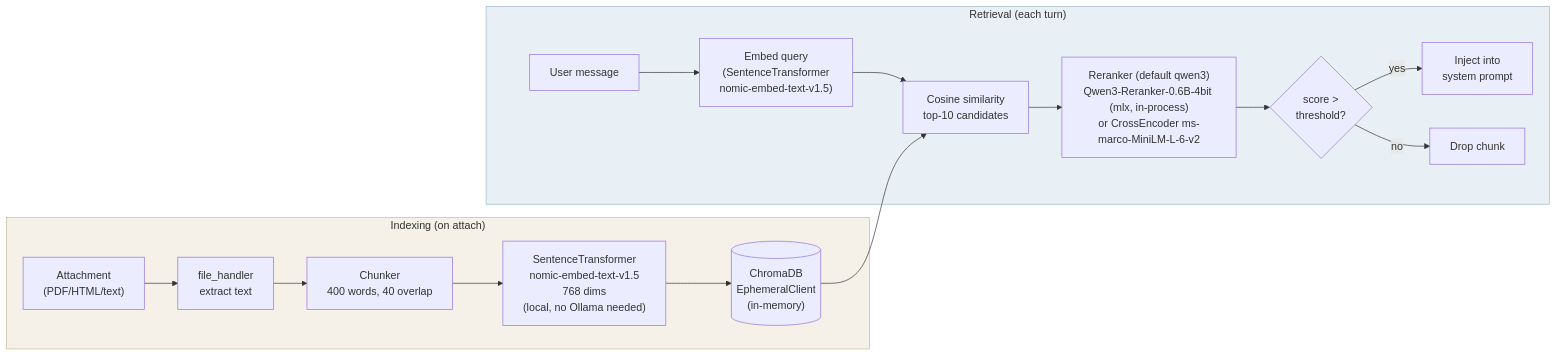
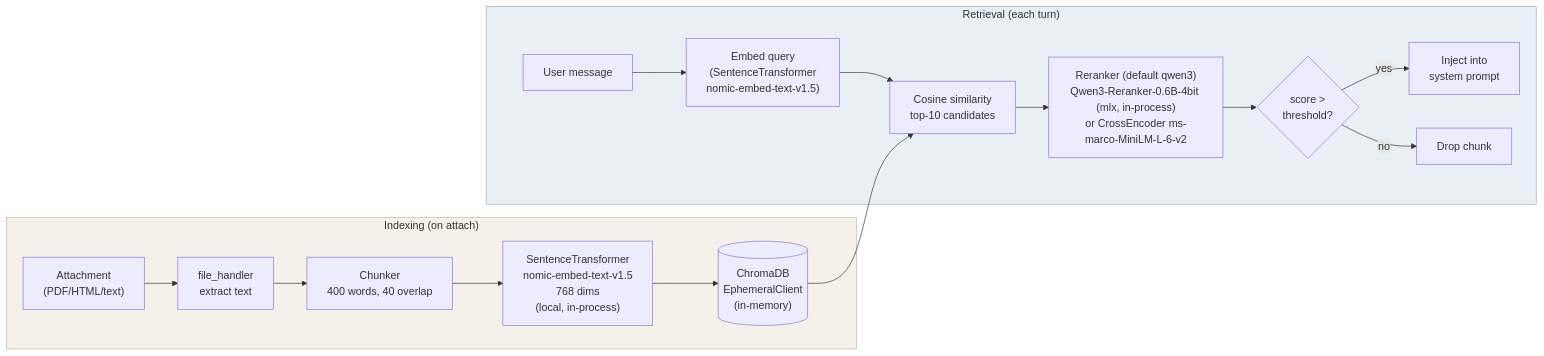
The fourth of 6 diagrams in docs/diagram.md (mabaeyens/mira-core), drawn with Mermaid before and after one commit. The commit also changed other lines of this file and 8 other files, not shown here.

````diff
--- a/docs/diagram.md
+++ b/docs/diagram.md
@@ -136,22 +135,22 @@
 ```mermaid
 flowchart LR
     subgraph ingest["Indexing (on attach)"]
         FILE["Attachment\n(PDF/HTML/text)"] --> FH["file_handler\nextract text"]
         FH --> CHUNK["Chunker\n400 words, 40 overlap"]
-        CHUNK --> EMBED["SentenceTransformer\nnomic-embed-text-v1.5\n768 dims\n(local, no Ollama needed)"]
+        CHUNK --> EMBED["SentenceTransformer\nnomic-embed-text-v1.5\n768 dims\n(local, in-process)"]
         EMBED --> CHROMA[("ChromaDB\nEphemeralClient\n(in-memory)")]
     end
 
     subgraph query["Retrieval (each turn)"]
         Q["User message"] --> QE["Embed query\n(SentenceTransformer\nnomic-embed-text-v1.5)"]
         QE --> RET["Cosine similarity\ntop-10 candidates"]
         CHROMA --> RET
         RET --> RERANK["Reranker (default qwen3)\nQwen3-Reranker-0.6B-4bit (mlx, in-process)\nor CrossEncoder ms-marco-MiniLM-L-6-v2"]
         RERANK --> FILTER{"score >\nthreshold?"}
         FILTER -->|yes| INJECT["Inject into\nsystem prompt"]
         FILTER -->|no| DROP["Drop chunk"]
     end
 
     style ingest fill:#f5f0e8,stroke:#c8b89a
     style query fill:#e8f0f5,stroke:#9ab8c8
 ```
````
